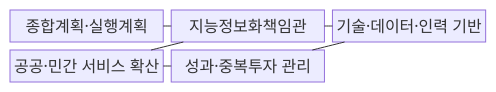
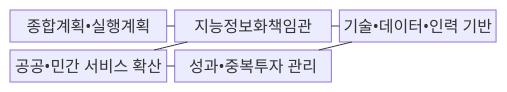
One commit to agnusdei1207/knowledge-base changed the first of 2 diagrams in src/content/docs/notes/07-law-policy/021_intelligent_informatization_basic_act.md. Above: the diagram before and after it, drawn with Mermaid. The commit also changed other lines of this file and 953 other files, not shown here.

````diff
--- a/src/content/docs/notes/07-law-policy/021_intelligent_informatization_basic_act.md
+++ b/src/content/docs/notes/07-law-policy/021_intelligent_informatization_basic_act.md
@@ -67,14 +67,14 @@
 ```mermaid
 block-beta
   columns 3
-  A["종합계획·실행계획"]
+  A["종합계획•실행계획"]
   B["지능정보화책임관"]
-  C["기술·데이터·인력 기반"]
-  D["공공·민간 서비스 확산"]
-  E["성과·중복투자 관리"]
+  C["기술•데이터•인력 기반"]
+  D["공공•민간 서비스 확산"]
+  E["성과•중복투자 관리"]
   A --- B
   B --- C
   B --- D
   C --- E
   D --- E
 ```
````
